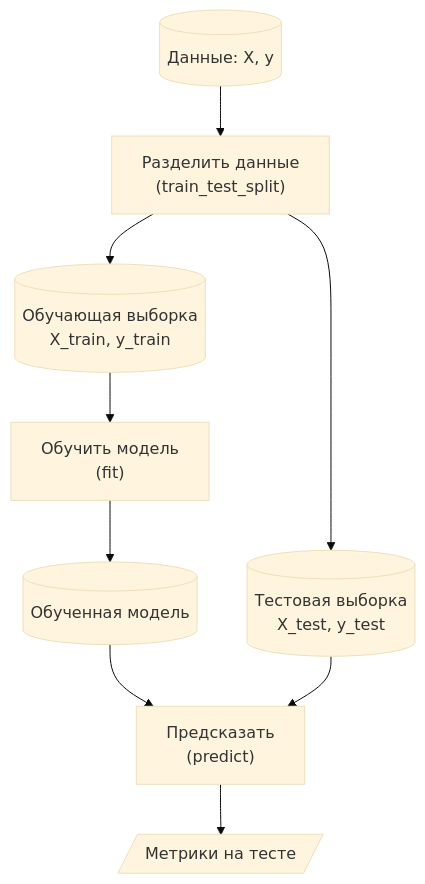
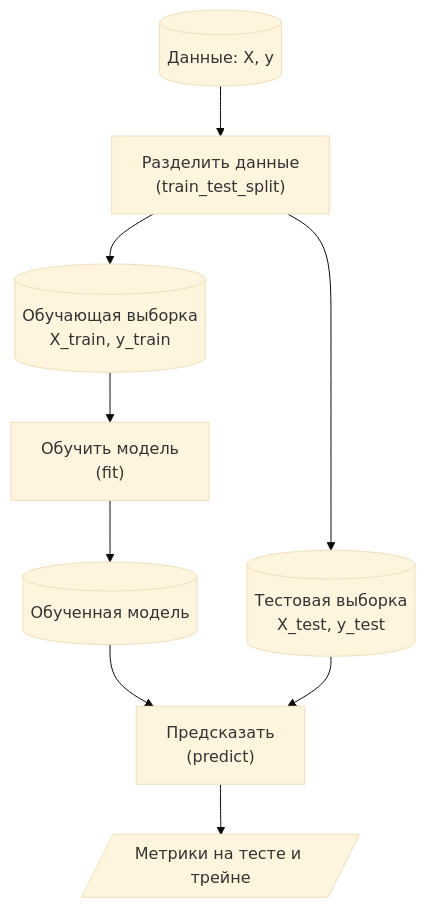
The diagram in sklearn.md (ivtipm/ML), drawn with Mermaid (base theme) before and after one commit.

````diff
--- a/sklearn.md
+++ b/sklearn.md
@@ -147,11 +147,11 @@
 ```mermaid
 flowchart TD
     data[("Данные: X, y")] --> split["Разделить данные<br/>(train_test_split)"]
     split --> train[("Обучающая выборка<br/>X_train, y_train")]
     split --> test[("Тестовая выборка<br/>X_test, y_test")]
     train --> fit["Обучить модель<br/>(fit)"]
     fit --> model[("Обученная модель")]
     model --> predict["Предсказать<br/>(predict)"]
     test --> predict
-    predict --> metrics[/"Метрики на тесте"/]
+    predict --> metrics[/"Метрики на тесте и трейне"/]
 ```
````
